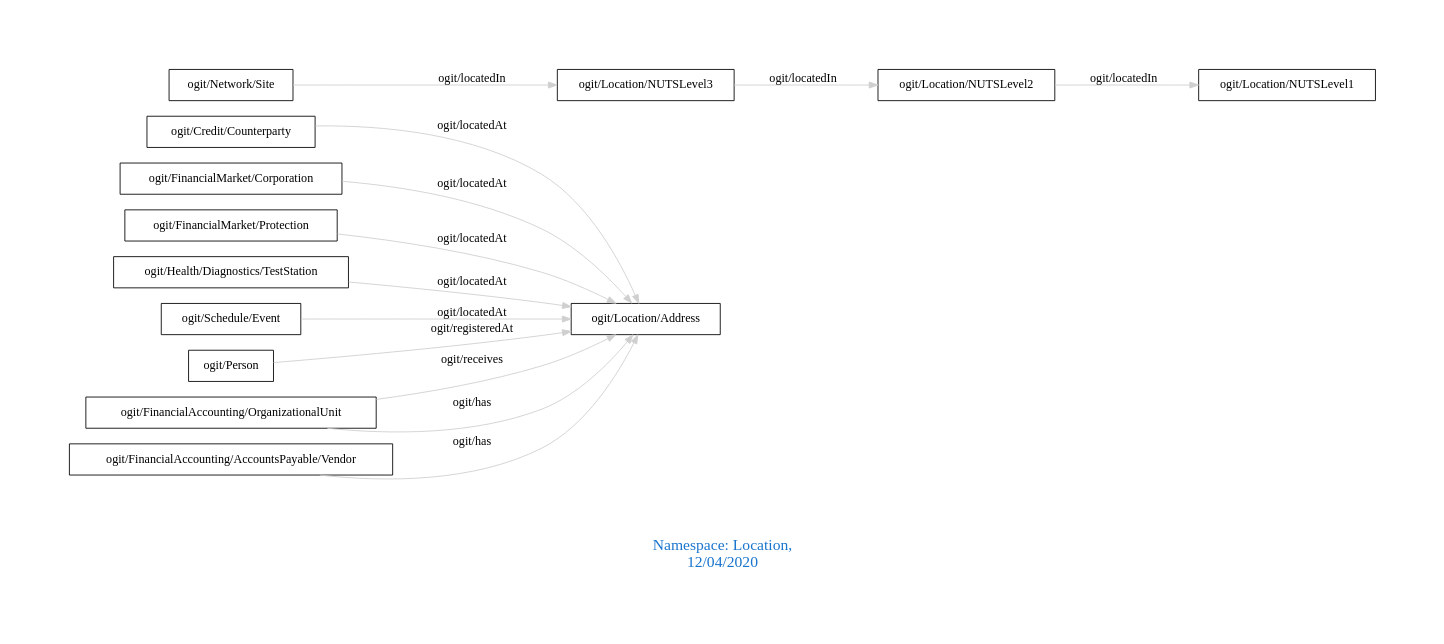
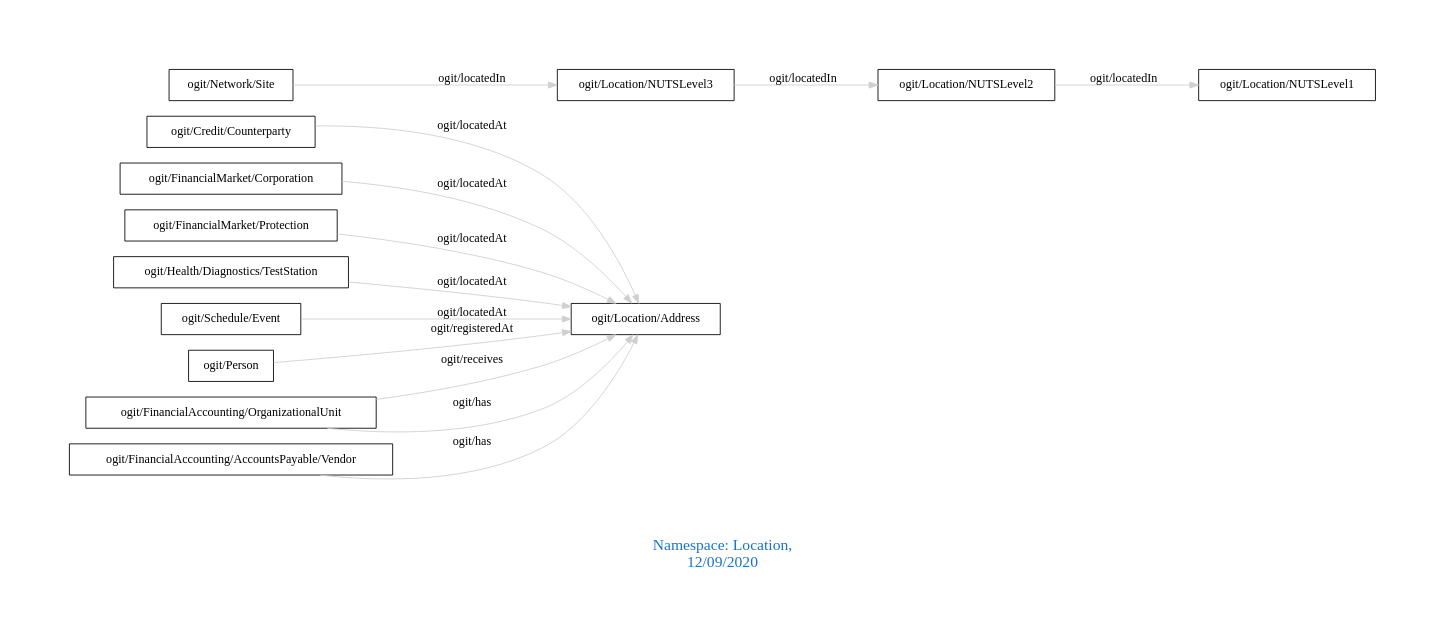
The diagram in downloads/Location.dot (arago/OGIT), drawn with Graphviz before and after one commit. The commit also changed 1822 other files, not shown here.

```diff
--- a/downloads/Location.dot
+++ b/downloads/Location.dot
@@ -1,20 +1,20 @@
 digraph OGIT_ontology {
  graph [ rankdir= LR,pad=1 
 fontsize = 18,
-fontcolor= dodgerblue3,label = "\n\n\nNamespace: Location, \n 12/04/2020"];
+fontcolor= dodgerblue3,label = "\n\n\nNamespace: Location, \n 12/09/2020"];
 node[shape=polygon];
 edge [  color="gray81"];
 
    "ogit/Credit/Counterparty" -> "ogit/Location/Address" [label="   ogit/locatedAt    "];
    "ogit/FinancialMarket/Corporation" -> "ogit/Location/Address" [label="   ogit/locatedAt    "];
    "ogit/FinancialMarket/Protection" -> "ogit/Location/Address" [label="   ogit/locatedAt    "];
    "ogit/Health/Diagnostics/TestStation" -> "ogit/Location/Address" [label="   ogit/locatedAt    "];
    "ogit/Schedule/Event" -> "ogit/Location/Address" [label="   ogit/locatedAt    "];
    "ogit/Location/NUTSLevel2" -> "ogit/Location/NUTSLevel1" [label="   ogit/locatedIn    "];
    "ogit/Location/NUTSLevel3" -> "ogit/Location/NUTSLevel2" [label="   ogit/locatedIn    "];
    "ogit/Network/Site" -> "ogit/Location/NUTSLevel3" [label="   ogit/locatedIn    "];
    "ogit/Person" -> "ogit/Location/Address" [label="   ogit/registeredAt    "];
    "ogit/FinancialAccounting/OrganizationalUnit" -> "ogit/Location/Address" [label="   ogit/receives    "];
    "ogit/FinancialAccounting/AccountsPayable/Vendor" -> "ogit/Location/Address" [label="   ogit/has    "];
    "ogit/FinancialAccounting/OrganizationalUnit" -> "ogit/Location/Address" [label="   ogit/has    "];
 }
```
